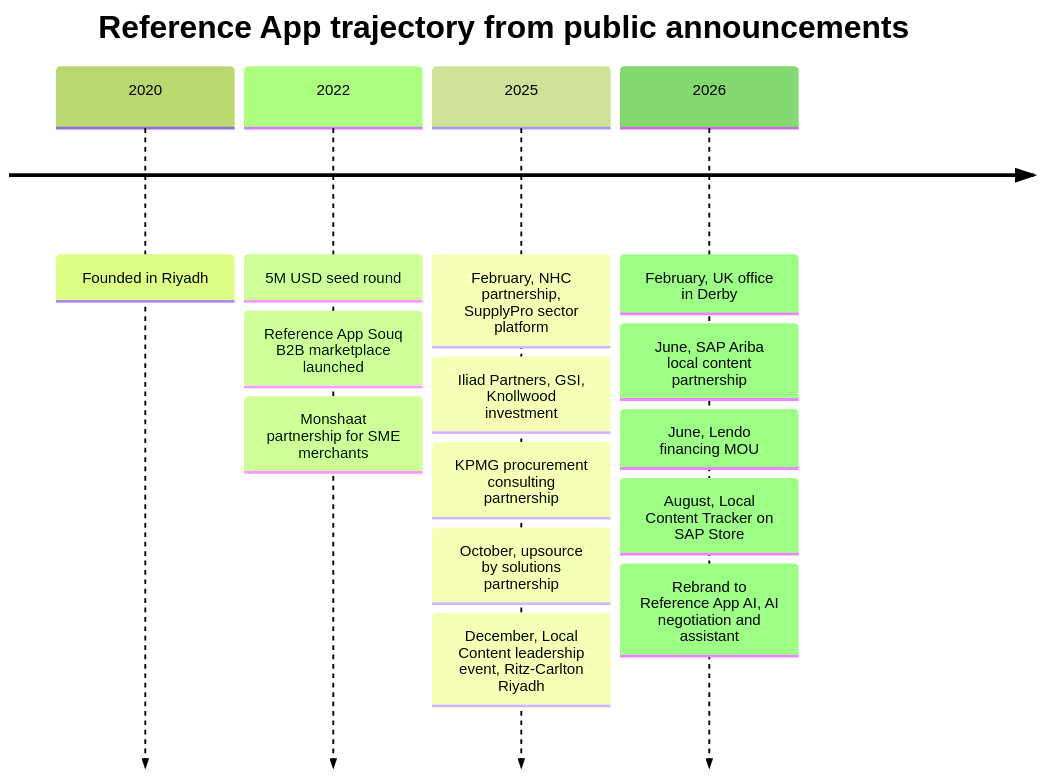
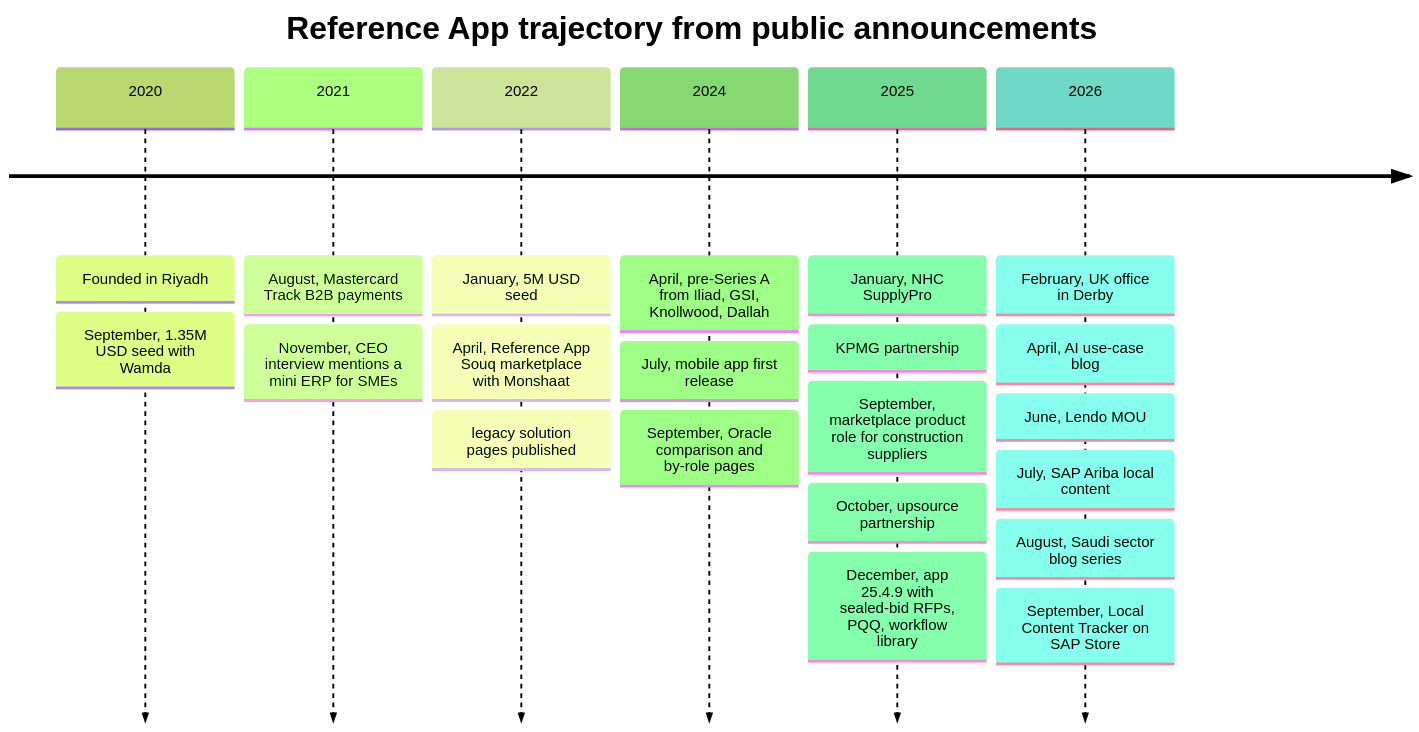
One commit to AhmedAssaf/ERP changed the second of 4 diagrams in docs/04-reference-app-analysis.md. Above: the diagram before and after it, drawn with Mermaid (forest theme). The commit also changed other lines of this file and 1 other file, not shown here.

First line of the commit message:
Reference App full-site sweep: correct claims, reword differentiators

````diff
--- a/docs/04-reference-app-analysis.md
+++ b/docs/04-reference-app-analysis.md
@@ -110,8 +198,10 @@
 ```mermaid
 timeline
     title Reference App trajectory from public announcements
-    2020 : Founded in Riyadh
-    2022 : 5M USD seed round : Reference App Souq B2B marketplace launched : Monshaat partnership for SME merchants
-    2025 : February, NHC partnership, SupplyPro sector platform : Iliad Partners, GSI, Knollwood investment : KPMG procurement consulting partnership : October, upsource by solutions partnership : December, Local Content leadership event, Ritz-Carlton Riyadh
-    2026 : February, UK office in Derby : June, SAP Ariba local content partnership : June, Lendo financing MOU : August, Local Content Tracker on SAP Store : Rebrand to Reference App AI, AI negotiation and assistant
+    2020 : Founded in Riyadh : September, 1.35M USD seed with Wamda
+    2021 : August, Mastercard Track B2B payments : November, CEO interview mentions a mini ERP for SMEs
+    2022 : January, 5M USD seed : April, Reference App Souq marketplace with Monshaat : legacy solution pages published
+    2024 : April, pre-Series A from Iliad, GSI, Knollwood, Dallah : July, mobile app first release : September, Oracle comparison and by-role pages
+    2025 : January, NHC SupplyPro : KPMG partnership : September, marketplace product role for construction suppliers : October, upsource partnership : December, app 25.4.9 with sealed-bid RFPs, PQQ, workflow library
+    2026 : February, UK office in Derby : April, AI use-case blog : June, Lendo MOU : July, SAP Ariba local content : August, Saudi sector blog series : September, Local Content Tracker on SAP Store
 ```
````
